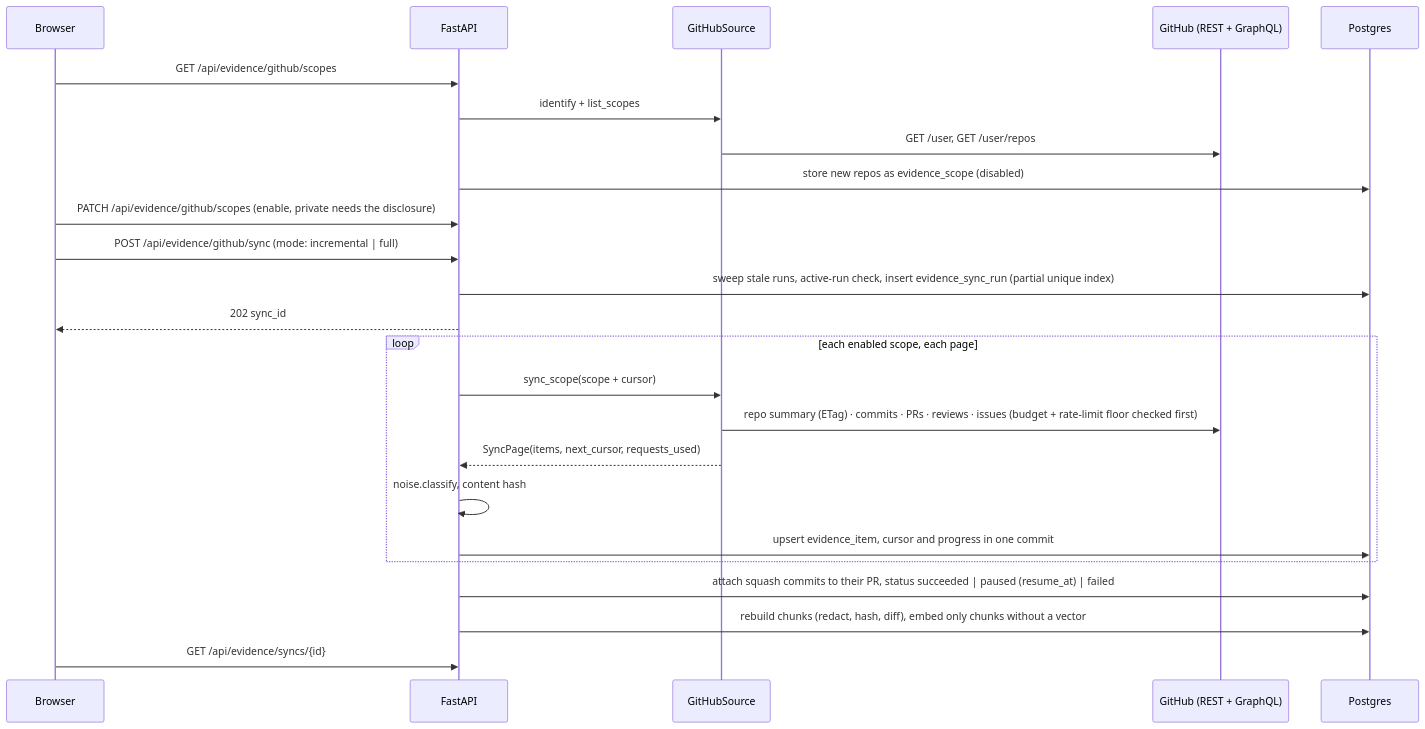
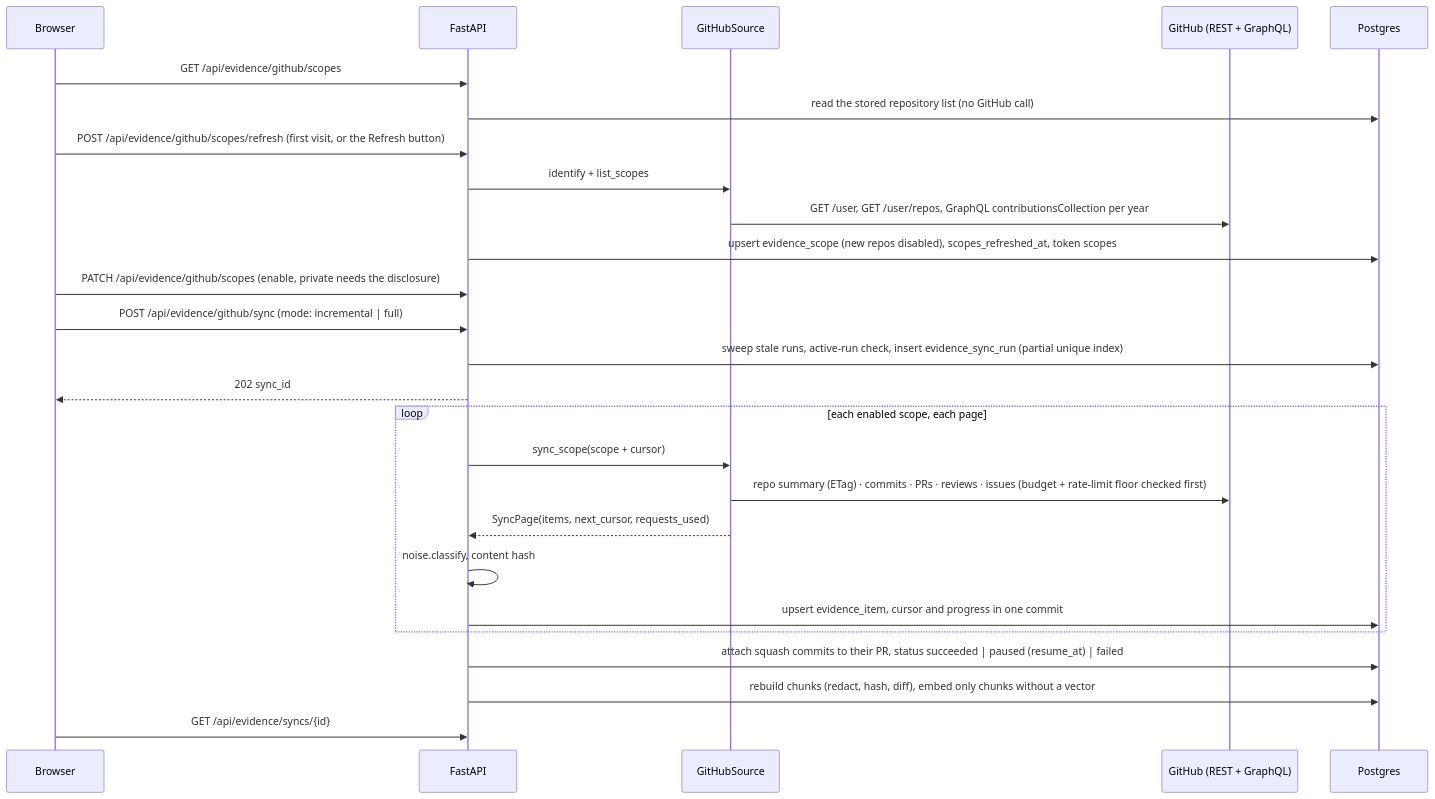
One commit to MSVhora/ai_job_assistant changed the fourth of 6 diagrams in docs/architecture.md. Above: the diagram before and after it, drawn with Mermaid. The commit also changed other lines of this file and 22 other files, not shown here.

First line of the commit message:
feat(v6/evidence): Refresh from GitHub button, stored list on page load, extraction re-attach

````diff
--- a/docs/architecture.md
+++ b/docs/architecture.md
@@ -149,27 +149,29 @@
 ```mermaid
 sequenceDiagram
     participant B as Browser
     participant A as FastAPI
     participant S as GitHubSource
     participant H as GitHub (REST + GraphQL)
     participant D as Postgres
 
     B->>A: GET /api/evidence/github/scopes
+    A->>D: read the stored repository list (no GitHub call)
+    B->>A: POST /api/evidence/github/scopes/refresh (first visit, or the Refresh button)
     A->>S: identify + list_scopes
-    S->>H: GET /user, GET /user/repos
-    A->>D: store new repos as evidence_scope (disabled)
+    S->>H: GET /user, GET /user/repos, GraphQL contributionsCollection per year
+    A->>D: upsert evidence_scope (new repos disabled), scopes_refreshed_at, token scopes
     B->>A: PATCH /api/evidence/github/scopes (enable, private needs the disclosure)
     B->>A: POST /api/evidence/github/sync (mode: incremental | full)
     A->>D: sweep stale runs, active-run check, insert evidence_sync_run (partial unique index)
     A-->>B: 202 sync_id
     loop each enabled scope, each page
         A->>S: sync_scope(scope + cursor)
         S->>H: repo summary (ETag) · commits · PRs · reviews · issues (budget + rate-limit floor checked first)
         S-->>A: SyncPage(items, next_cursor, requests_used)
         A->>A: noise.classify, content hash
         A->>D: upsert evidence_item, cursor and progress in one commit
     end
     A->>D: attach squash commits to their PR, status succeeded | paused (resume_at) | failed
     A->>D: rebuild chunks (redact, hash, diff), embed only chunks without a vector
     B->>A: GET /api/evidence/syncs/{id}
 ```
````
